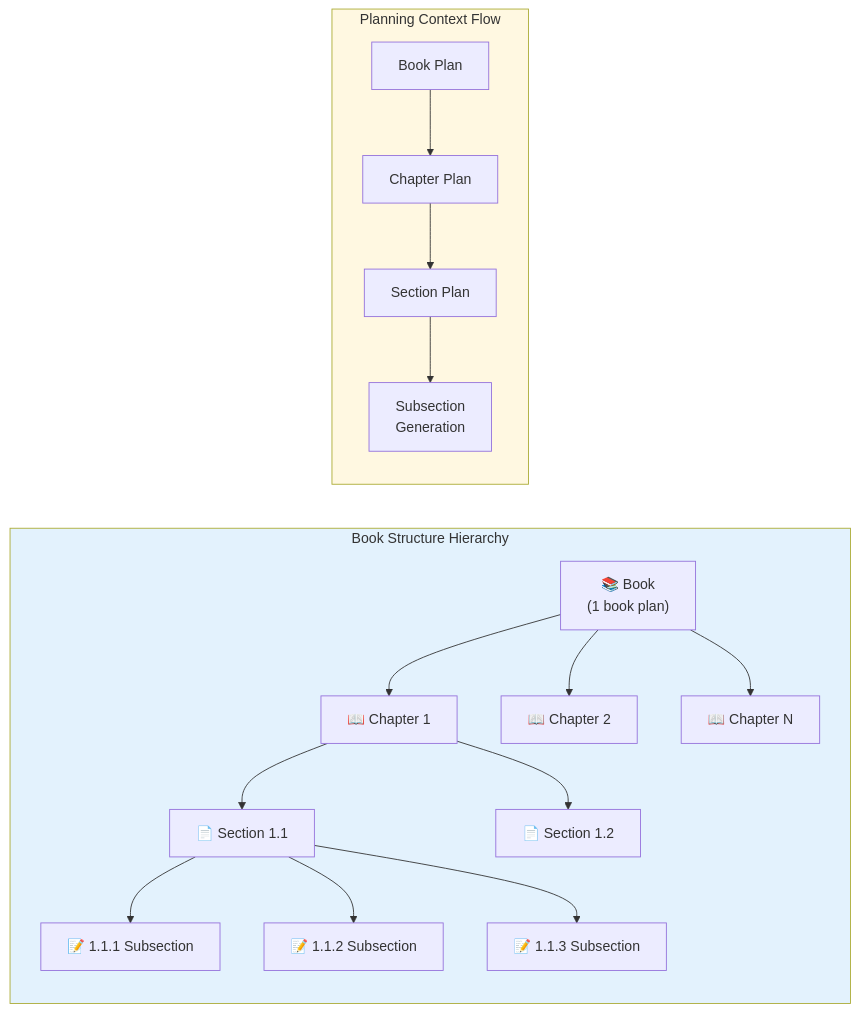
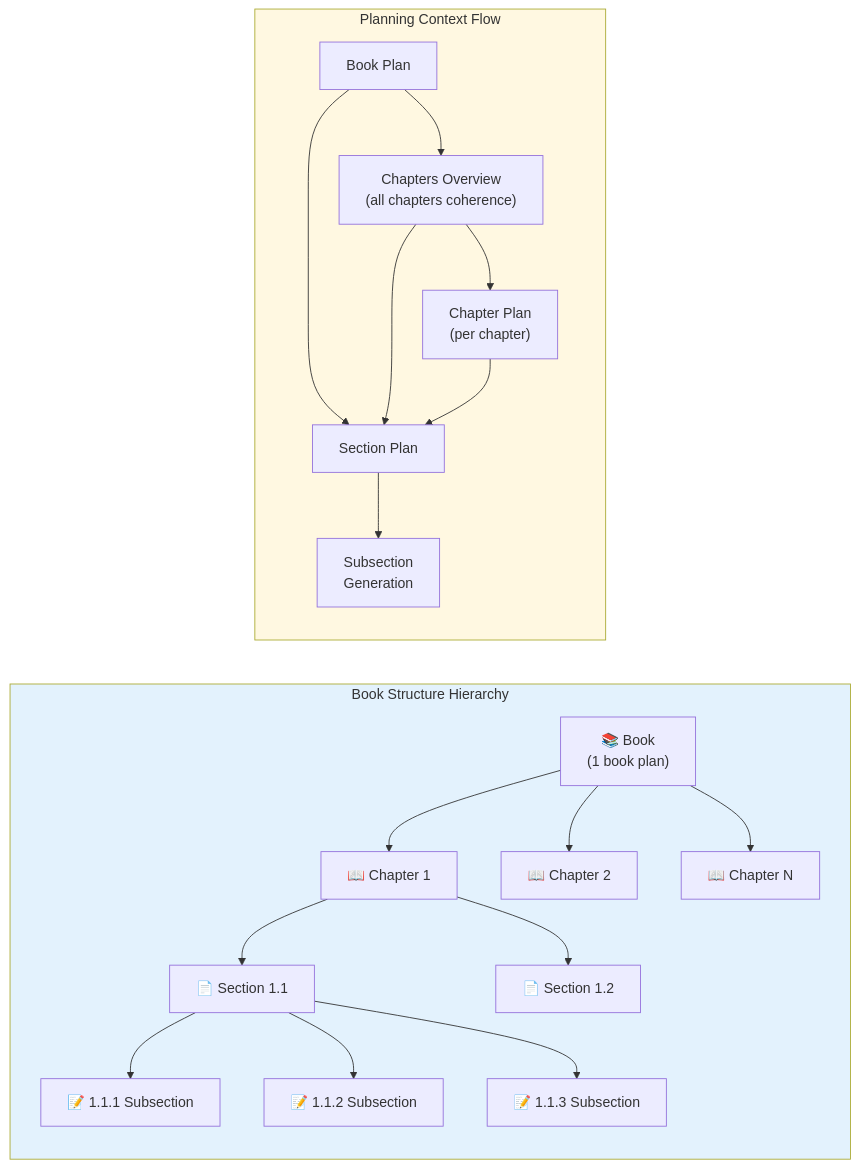
Before and after one commit to AynurAda/book_generator: the second of 2 diagrams in WORKFLOW.md, drawn with Mermaid. The commit also changed other lines of this file and 8 other files, not shown here.

First line of the commit message:
Implement two-stage chapter planning for better coherence

````diff
--- a/WORKFLOW.md
+++ b/WORKFLOW.md
@@ -91,27 +92,30 @@
 ```mermaid
 flowchart LR
     subgraph Hierarchy["Book Structure Hierarchy"]
         direction TB
         Book["📚 Book<br/>(1 book plan)"]
         Book --> Ch1["📖 Chapter 1"]
         Book --> Ch2["📖 Chapter 2"]
         Book --> ChN["📖 Chapter N"]
 
         Ch1 --> S11["📄 Section 1.1"]
         Ch1 --> S12["📄 Section 1.2"]
 
         S11 --> SS111["📝 1.1.1 Subsection"]
         S11 --> SS112["📝 1.1.2 Subsection"]
         S11 --> SS113["📝 1.1.3 Subsection"]
     end
 
     subgraph Planning["Planning Context Flow"]
         direction TB
-        BP["Book Plan"] --> CP["Chapter Plan"]
-        CP --> SP["Section Plan"]
+        BP["Book Plan"] --> CO["Chapters Overview<br/>(all chapters coherence)"]
+        CO --> CP["Chapter Plan<br/>(per chapter)"]
+        BP --> SP["Section Plan"]
+        CO --> SP
+        CP --> SP
         SP --> SUB["Subsection<br/>Generation"]
     end
 
     style Hierarchy fill:#e3f2fd
     style Planning fill:#fff8e1
 ```
````
